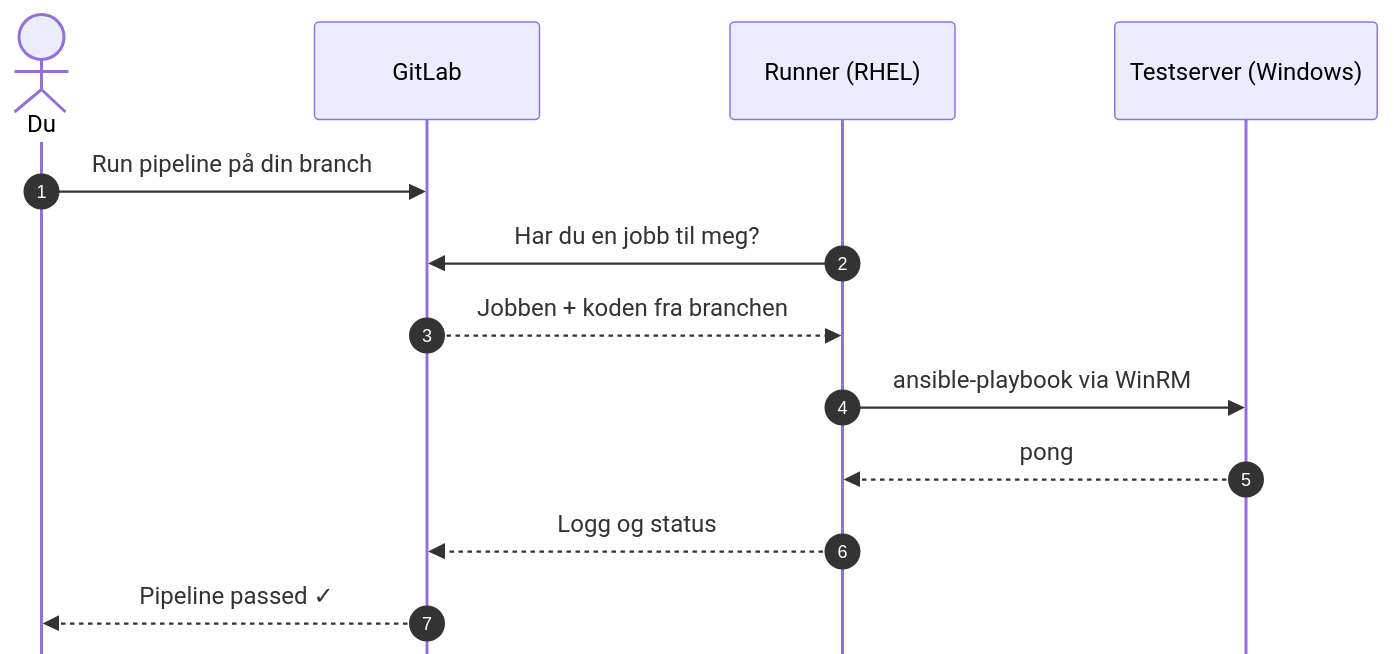
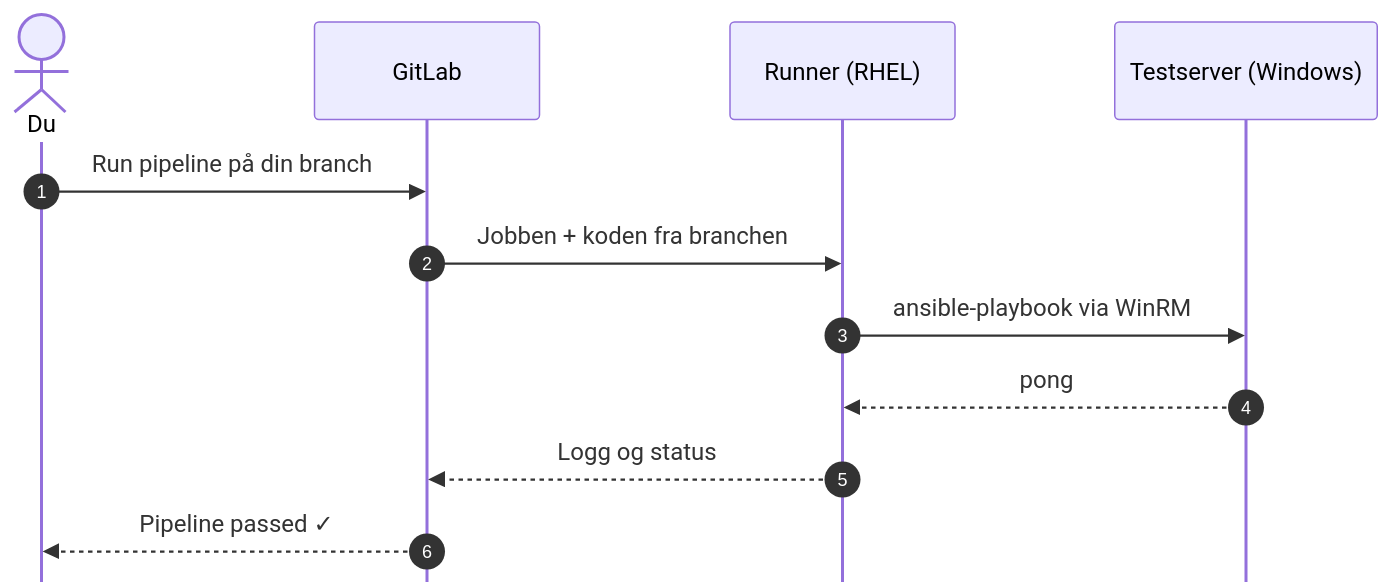
Before and after one commit to sp-frank-gjomle/sp-presentatins: the second of 2 diagrams in slides/byggteknisk-workshop/slides.md, drawn with Mermaid. The commit also changed other lines of this file and 3 other files, not shown here.

````diff
--- a/slides/byggteknisk-workshop/slides.md
+++ b/slides/byggteknisk-workshop/slides.md
@@ -1145,16 +1191,15 @@
 ```mermaid {scale: 0.72}
 %%{init: {'sequence': {'mirrorActors': false}}}%%
 sequenceDiagram
   autonumber
   actor Du
   participant GL as GitLab
   participant R as Runner (RHEL)
   participant W as Testserver (Windows)
   Du->>GL: Run pipeline på din branch
-  R->>GL: Har du en jobb til meg?
-  GL-->>R: Jobben + koden fra branchen
+  GL->>R: Jobben + koden fra branchen
   R->>W: ansible-playbook via WinRM
   W-->>R: pong
   R-->>GL: Logg og status
   GL-->>Du: Pipeline passed ✓
 ```
````
